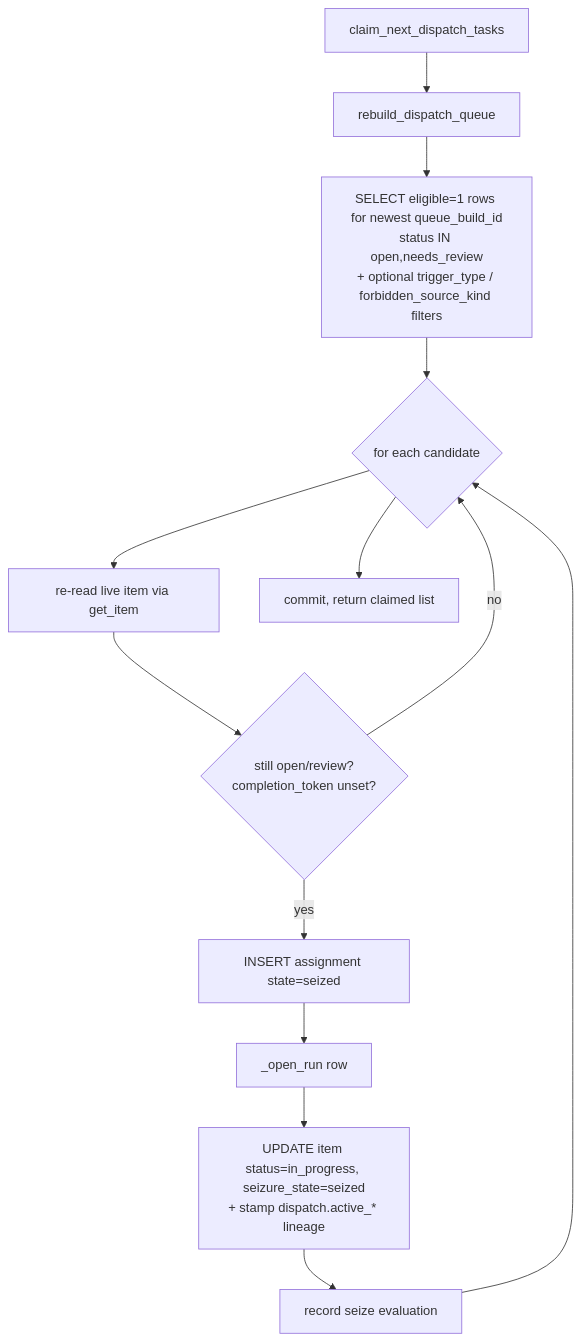
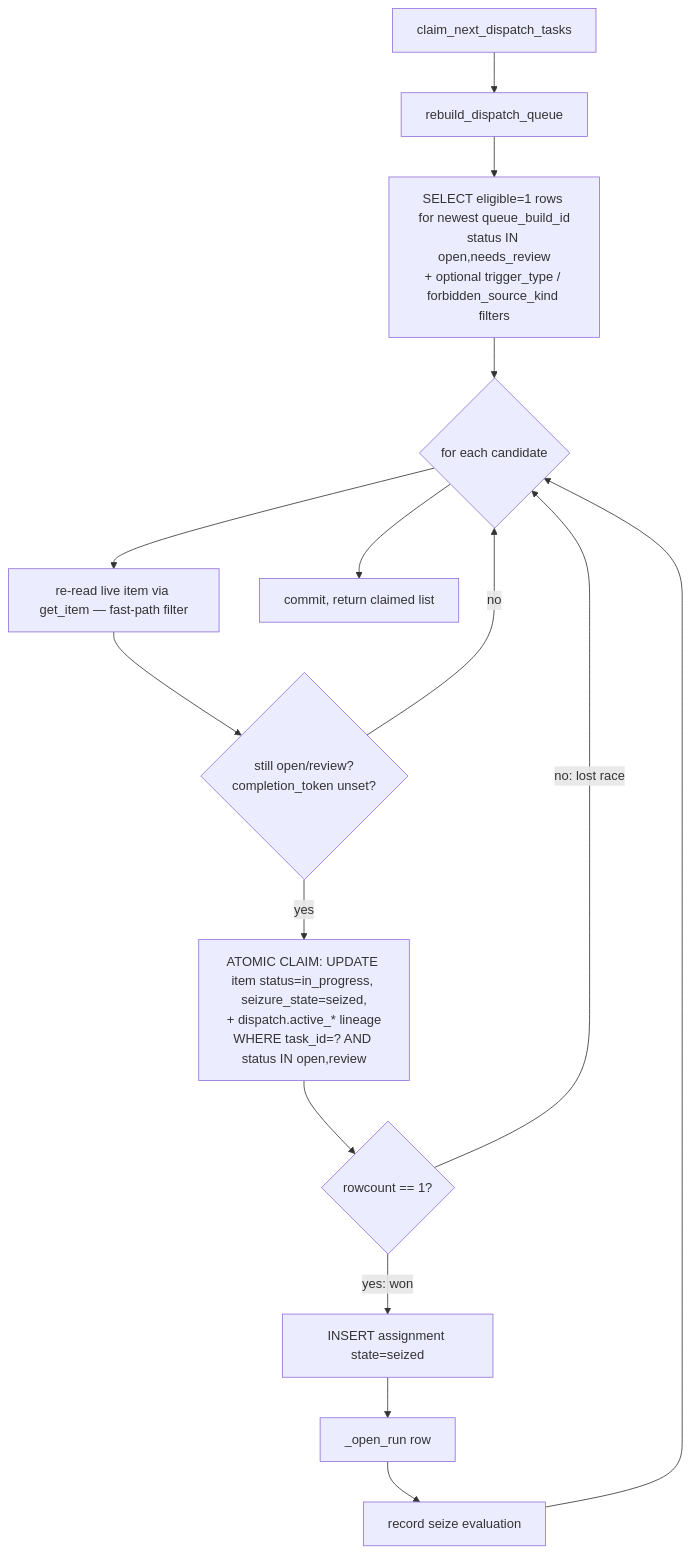
The second of 2 diagrams in project_docs/02_execution_core/02_task_hub.md (Kjdragan/universal_agent), drawn with Mermaid before and after one commit. The commit also changed other lines of this file and 2 other files, not shown here.

````diff
--- a/project_docs/02_execution_core/02_task_hub.md
+++ b/project_docs/02_execution_core/02_task_hub.md
@@ -243,15 +243,17 @@
 ```mermaid
 flowchart TD
     A[claim_next_dispatch_tasks] --> B[rebuild_dispatch_queue]
     B --> C[SELECT eligible=1 rows for newest queue_build_id<br/>status IN open,needs_review<br/>+ optional trigger_type / forbidden_source_kind filters]
     C --> D{for each candidate}
-    D --> E[re-read live item via get_item]
+    D --> E[re-read live item via get_item — fast-path filter]
     E --> F{still open/review?<br/>completion_token unset?}
     F -- no --> D
-    F -- yes --> G[INSERT assignment state=seized]
-    G --> H[_open_run row]
-    H --> I[UPDATE item status=in_progress, seizure_state=seized<br/>+ stamp dispatch.active_* lineage]
+    F -- yes --> G[ATOMIC CLAIM: UPDATE item status=in_progress, seizure_state=seized,<br/>+ dispatch.active_* lineage<br/>WHERE task_id=? AND status IN open,review]
+    G --> R{rowcount == 1?}
+    R -- no: lost race --> D
+    R -- yes: won --> H[INSERT assignment state=seized]
+    H --> I[_open_run row]
     I --> J[record seize evaluation]
     J --> D
     D --> K[commit, return claimed list]
 ```
````
